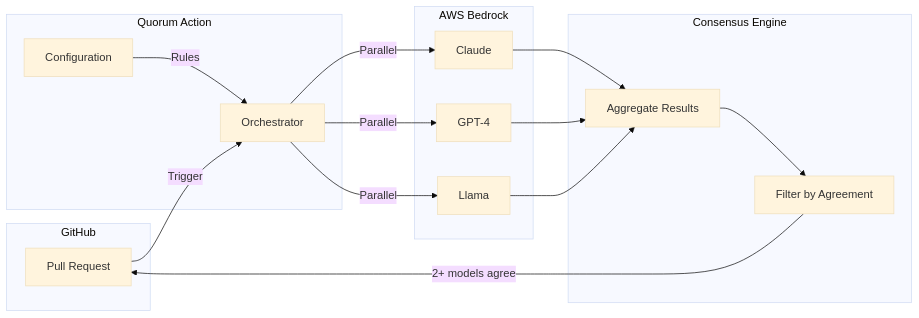
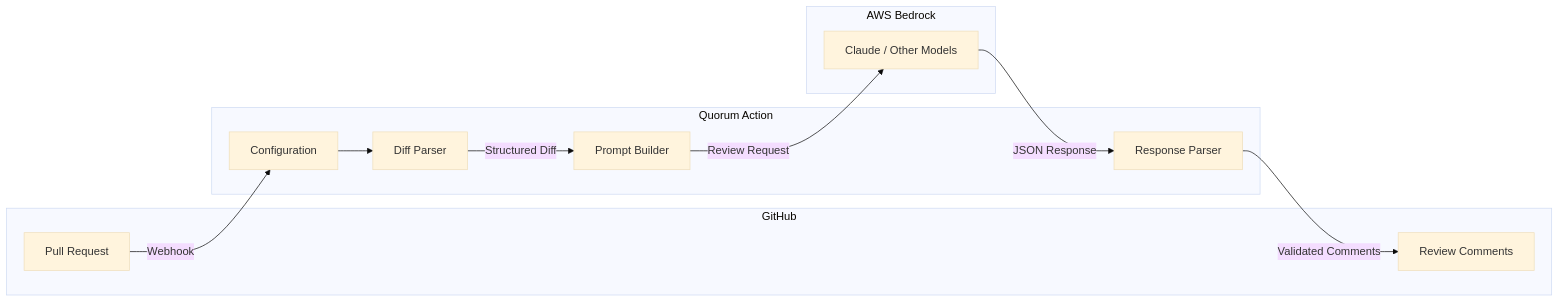
Before and after one commit to eze-godoy/quorum-action: the diagram in README.md, drawn with Mermaid (base theme). The commit also changed other lines of this file and 4 other files, not shown here.

````diff
--- a/README.md
+++ b/README.md
@@ -111,33 +216,25 @@
 ```mermaid
 flowchart LR
     subgraph GitHub
         PR[Pull Request]
+        Comments[Review Comments]
     end
 
     subgraph Quorum Action
-        Orchestrator[Orchestrator]
         Config[Configuration]
+        Diff[Diff Parser]
+        Prompt[Prompt Builder]
+        Parser[Response Parser]
     end
 
     subgraph AWS Bedrock
-        Claude[Claude]
-        GPT4[GPT-4]
-        Llama[Llama]
+        Model[Claude / Other Models]
     end
 
-    subgraph Consensus Engine
-        Aggregate[Aggregate Results]
-        Filter[Filter by Agreement]
-    end
-
-    PR -->|Trigger| Orchestrator
-    Config -->|Rules| Orchestrator
-    Orchestrator -->|Parallel| Claude
-    Orchestrator -->|Parallel| GPT4
-    Orchestrator -->|Parallel| Llama
-    Claude --> Aggregate
-    GPT4 --> Aggregate
-    Llama --> Aggregate
-    Aggregate --> Filter
-    Filter -->|2+ models agree| PR
+    PR -->|Webhook| Config
+    Config --> Diff
+    Diff -->|Structured Diff| Prompt
+    Prompt -->|Review Request| Model
+    Model -->|JSON Response| Parser
+    Parser -->|Validated Comments| Comments
 ```
````
